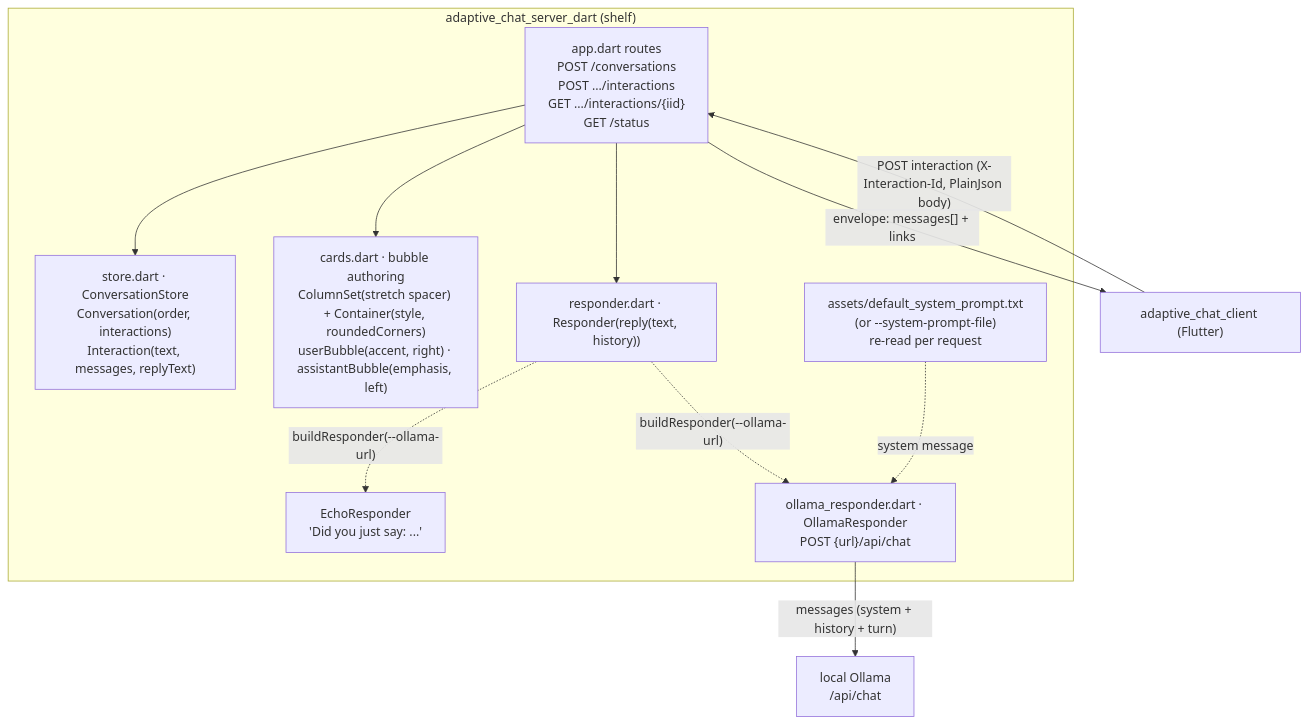
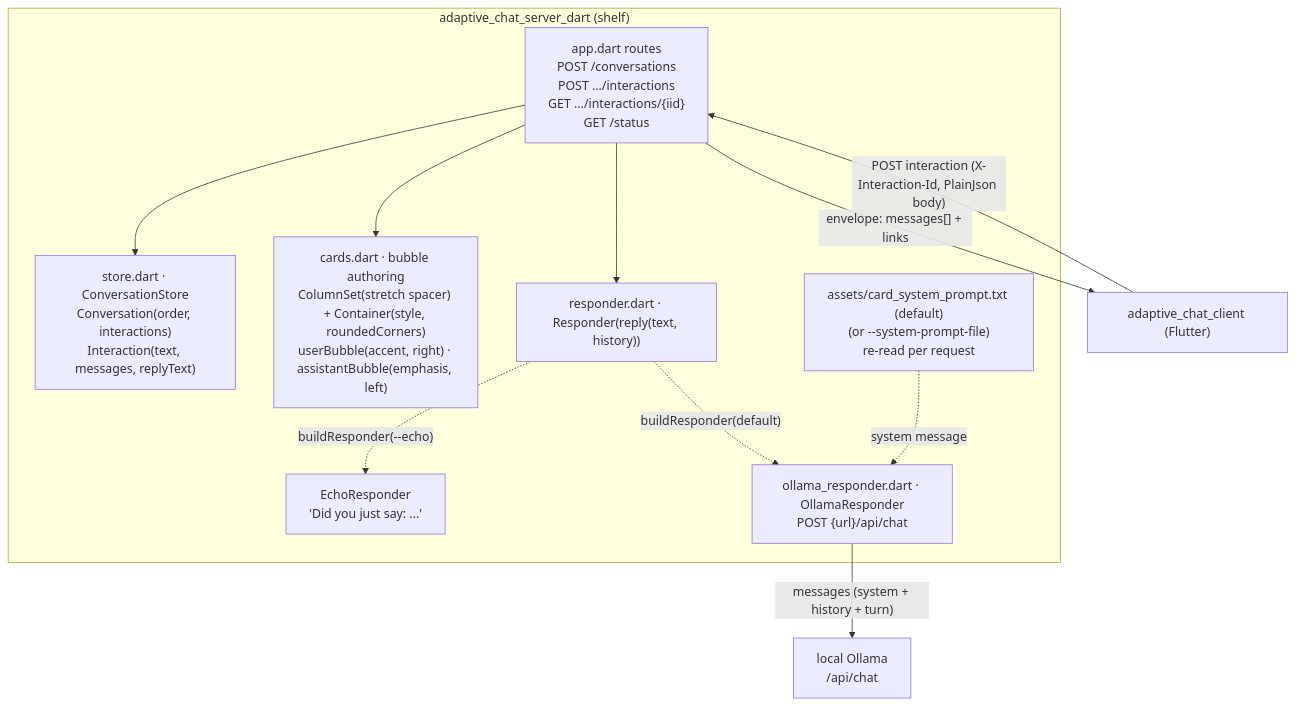
The first of 3 diagrams in adaptive_chat_server_dart/README.md (freemansoft/Flutter-AdaptiveCards), drawn with Mermaid before and after one commit. The commit also changed other lines of this file and 11 other files, not shown here.

````diff
--- a/adaptive_chat_server_dart/README.md
+++ b/adaptive_chat_server_dart/README.md
@@ -21,21 +21,21 @@
 ```mermaid
 flowchart TB
   subgraph server["adaptive_chat_server_dart (shelf)"]
     ROUTES["app.dart routes\nPOST /conversations\nPOST .../interactions\nGET .../interactions/{iid}\nGET /status"]
     STORE["store.dart · ConversationStore\nConversation(order, interactions)\nInteraction(text, messages, replyText)"]
     CARDS["cards.dart · bubble authoring\nColumnSet(stretch spacer) + Container(style, roundedCorners)\nuserBubble(accent, right) · assistantBubble(emphasis, left)"]
     RESP["responder.dart · Responder(reply(text, history))"]
     ECHO["EchoResponder\n'Did you just say: ...'"]
     OLLAMA["ollama_responder.dart · OllamaResponder\nPOST {url}/api/chat"]
-    PROMPT["assets/default_system_prompt.txt\n(or --system-prompt-file)\nre-read per request"]
+    PROMPT["assets/card_system_prompt.txt (default)\n(or --system-prompt-file)\nre-read per request"]
     ROUTES --> STORE
     ROUTES --> CARDS
     ROUTES --> RESP
-    RESP -. buildResponder(--ollama-url) .-> ECHO
-    RESP -. buildResponder(--ollama-url) .-> OLLAMA
+    RESP -. buildResponder(--echo) .-> ECHO
+    RESP -. buildResponder(default) .-> OLLAMA
     PROMPT -. system message .-> OLLAMA
   end
   CLIENT["adaptive_chat_client (Flutter)"] -->|"POST interaction (X-Interaction-Id, PlainJson body)"| ROUTES
   ROUTES -->|"envelope: messages[] + links"| CLIENT
   OLLAMA -->|"messages (system + history + turn)"| LLM["local Ollama\n/api/chat"]
 ```
````
